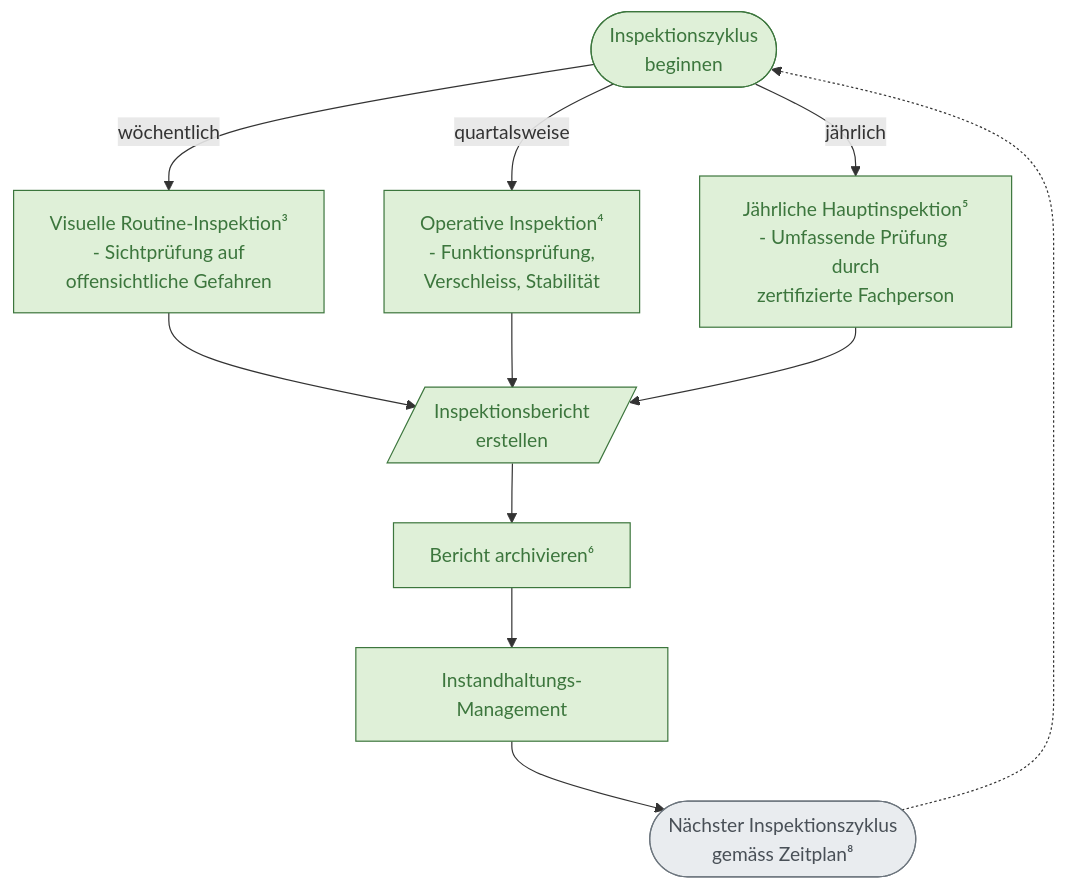
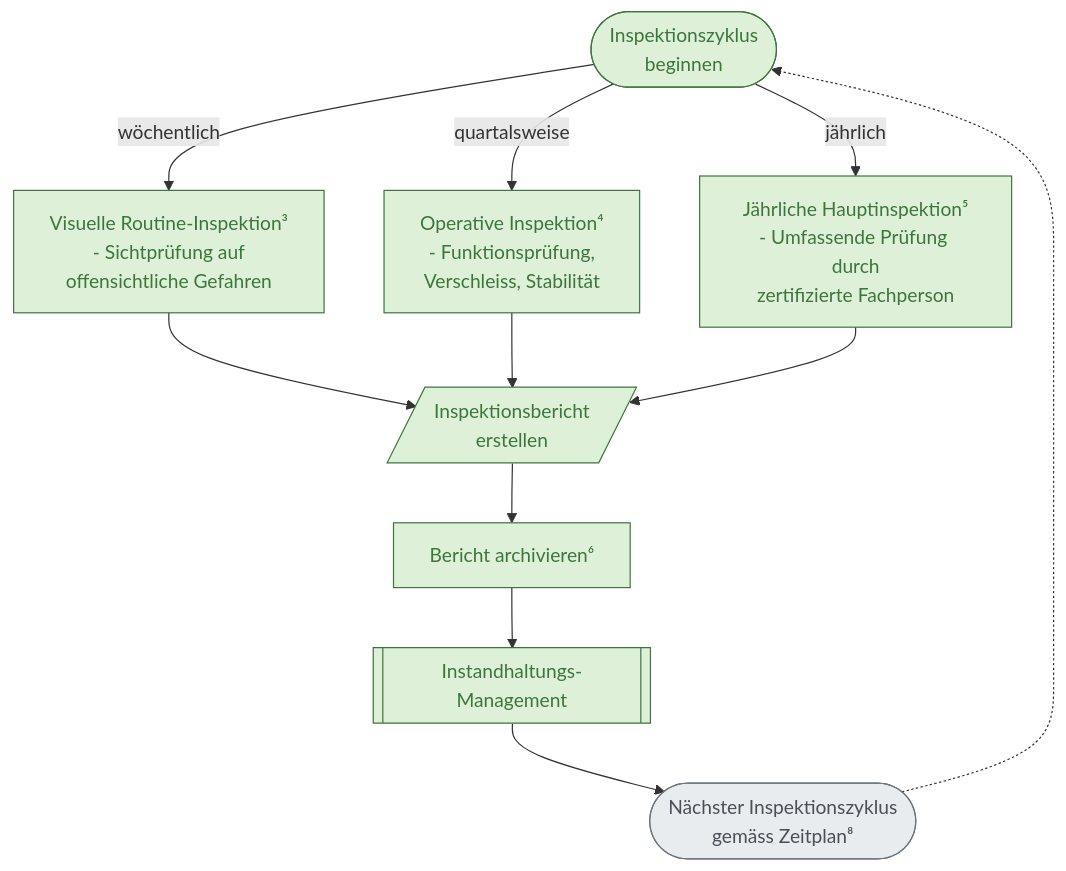
Before and after one commit to giuadora/ch.playsafepro.flowcharts: the diagram in Inspektion-von-Spielplatzgeraeten-und-Spielplatzboeden/Bestehender-Spielplatz.md, drawn with Mermaid. The commit also changed 1 other file, not shown here.

Commit message:
fix(09-04): add subprocess syntax to IPLAN and IHM Mermaid nodes
- Neuer-Spielplatz.md: IPLAN now uses [["Inspektionsplan erstellen³"]] subprocess syntax
- Bestehender-Spielplatz.md: IHM now uses [["Instandhaltungs-Management"]] subprocess syntax
- Matches draw.io shape=process designation for subprocess nodes

````diff
--- a/Inspektion-von-Spielplatzgeraeten-und-Spielplatzboeden/Bestehender-Spielplatz.md
+++ b/Inspektion-von-Spielplatzgeraeten-und-Spielplatzboeden/Bestehender-Spielplatz.md
@@ -9,40 +9,40 @@
 ```mermaid
 flowchart TD
     %% === INSPECTION CYCLE (GREEN) ===
     E00(["Inspektionszyklus<br/>beginnen"])
     E01["Visuelle Routine-Inspektion³<br/>- Sichtprüfung auf<br/>offensichtliche Gefahren"]
     E02["Operative Inspektion⁴<br/>- Funktionsprüfung,<br/>Verschleiss, Stabilität"]
     E03["Jährliche Hauptinspektion⁵<br/>- Umfassende Prüfung durch<br/>zertifizierte Fachperson"]
     E04[/"Inspektionsbericht<br/>erstellen"/]
 
     E00 -->|"wöchentlich"| E01
     E00 -->|"quartalsweise"| E02
     E00 -->|"jährlich"| E03
     E01 --> E04
     E02 --> E04
     E03 --> E04
 
     %% NOTE: CEN/TR 17207 annotation (not rendered as node, for documentation only)
     %% "Festgestellte Mängel sind im Bericht nach CEN/TR 17207⁷ zu klassifizieren"
     %% Connected to E04 via dashed line in draw.io
 
     %% === POST-INSPECTION PROCESS ===
     P01["Bericht archivieren⁶"]
-    IHM["Instandhaltungs-Management"]
+    IHM[["Instandhaltungs-Management"]]
 
     E04 --> P01
     P01 --> IHM
 
     %% === END (GRAY) ===
     END(["Nächster Inspektionszyklus<br/>gemäss Zeitplan⁸"])
 
     IHM --> END
     END -.-> E00
 
     %% === STYLING ===
     classDef startend fill:#E9ECEF,stroke:#6C757D,color:#495057
     classDef inspection fill:#DFF0D8,stroke:#3C763D,color:#3C763D
 
     class END startend
     class E00,E01,E02,E03,E04,P01,IHM inspection
 ```
````
